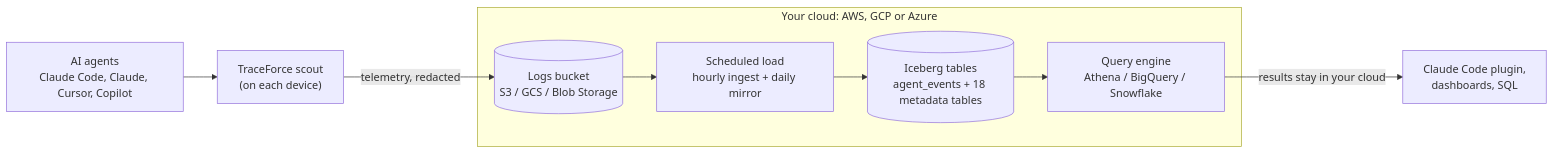
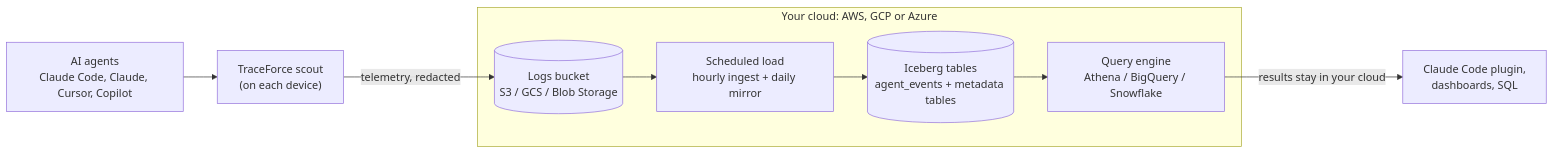
One commit to traceforce/traceforce-lakehouse changed the diagram in README.md. Above: the diagram before and after it, drawn with Mermaid. The commit also changed other lines of this file and 43 other files, not shown here.

````diff
--- a/README.md
+++ b/README.md
@@ -28,15 +28,15 @@
 ```mermaid
 flowchart LR
   agents["AI agents<br/>Claude Code, Claude, Cursor, Copilot"] --> scout["TraceForce scout<br/>(on each device)"]
 
   subgraph cloud["Your cloud: AWS, GCP or Azure"]
     bucket[("Logs bucket<br/>S3 / GCS / Blob Storage")]
     load["Scheduled load<br/>hourly ingest + daily mirror"]
-    tables[("Iceberg tables<br/>agent_events + 18 metadata tables")]
+    tables[("Iceberg tables<br/>agent_events + metadata tables")]
     engine["Query engine<br/>Athena / BigQuery / Snowflake"]
     bucket --> load --> tables --> engine
   end
 
   scout -- "telemetry, redacted" --> bucket
   engine -- "results stay in your cloud" --> you["Claude Code plugin,<br/>dashboards, SQL"]
 ```
````
